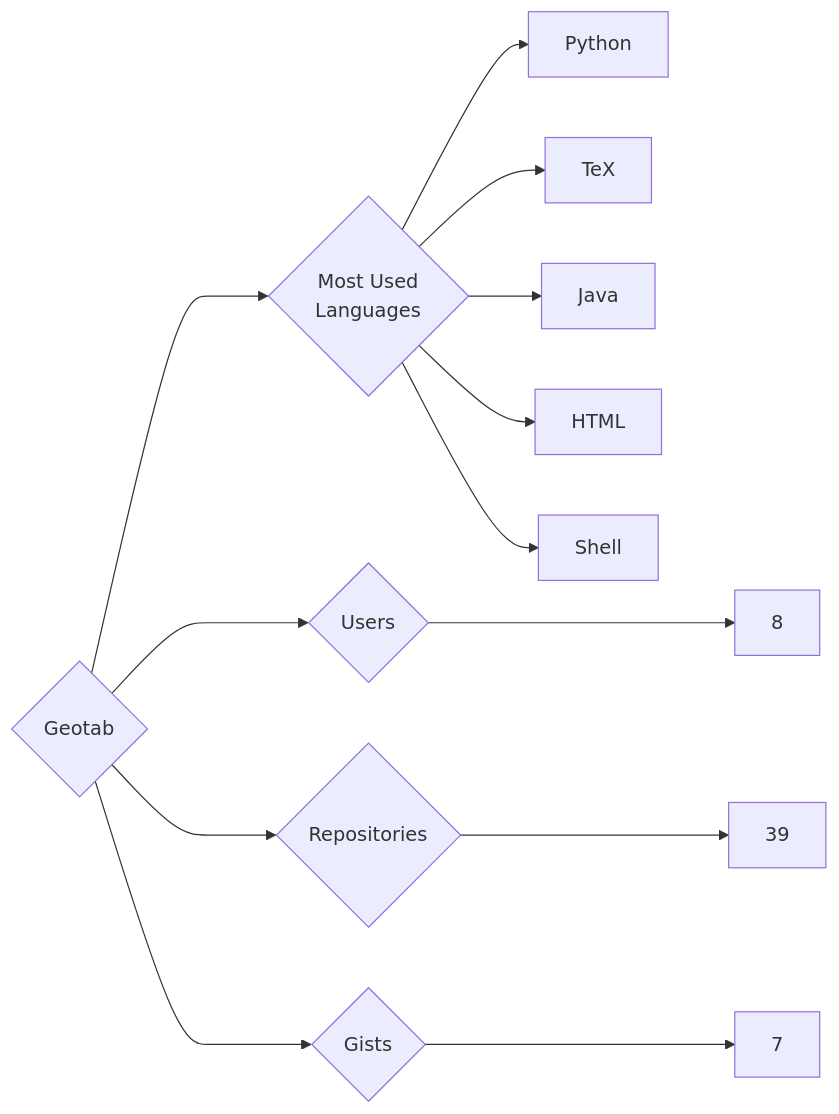
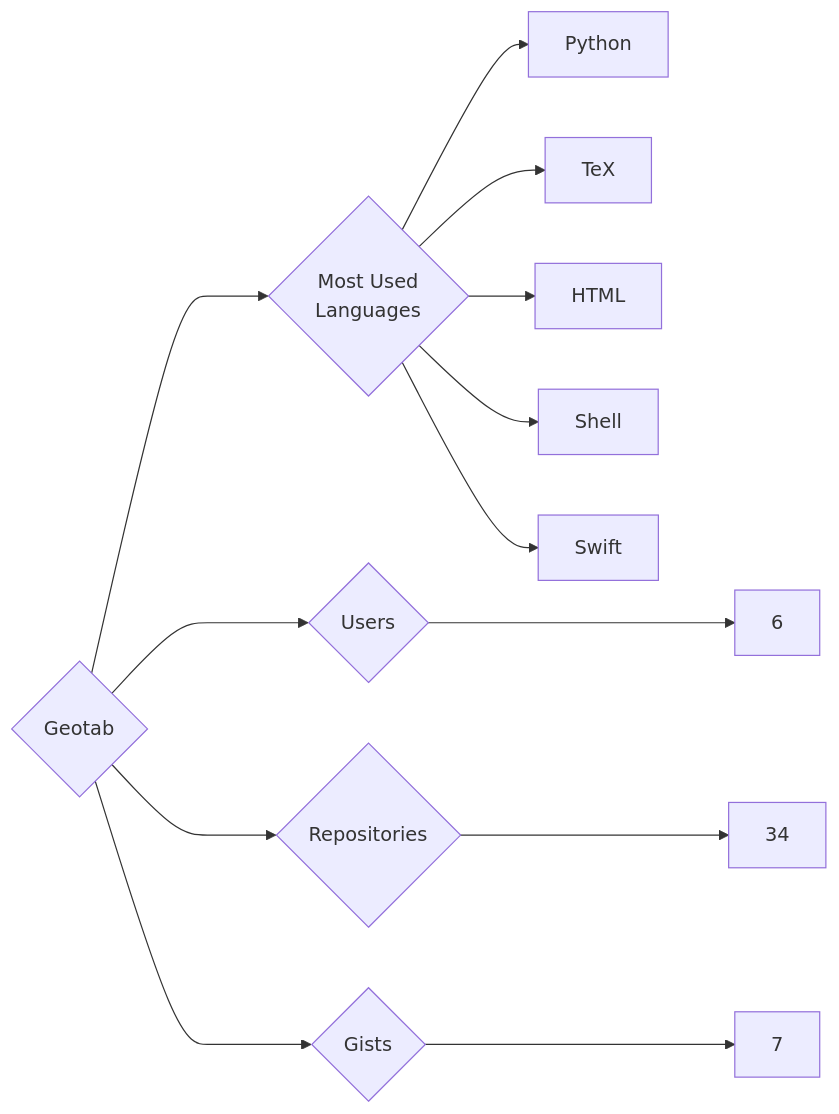
One commit to trickest/insiders changed the diagram in targets/Geotab/README.md. Above: the diagram before and after it, drawn with Mermaid. The commit also changed 1003 other files, not shown here.

````diff
--- a/targets/Geotab/README.md
+++ b/targets/Geotab/README.md
@@ -3,13 +3,13 @@
 ```mermaid
 graph LR
 COMPANY_NAME{Geotab}
-COMPANY_NAME ---> U{Users} ---> UN[8]
-COMPANY_NAME ---> R{Repositories} ---> RN[39]
+COMPANY_NAME ---> U{Users} ---> UN[6]
+COMPANY_NAME ---> R{Repositories} ---> RN[34]
 COMPANY_NAME ---> G{Gists} ---> GN[7]
 COMPANY_NAME ---> ML{Most Used<br>Languages}
 ML --> Python[Python]
 ML --> TeX[TeX]
-ML --> Java[Java]
 ML --> HTML[HTML]
 ML --> Shell[Shell]
+ML --> Swift[Swift]
 ```
````
